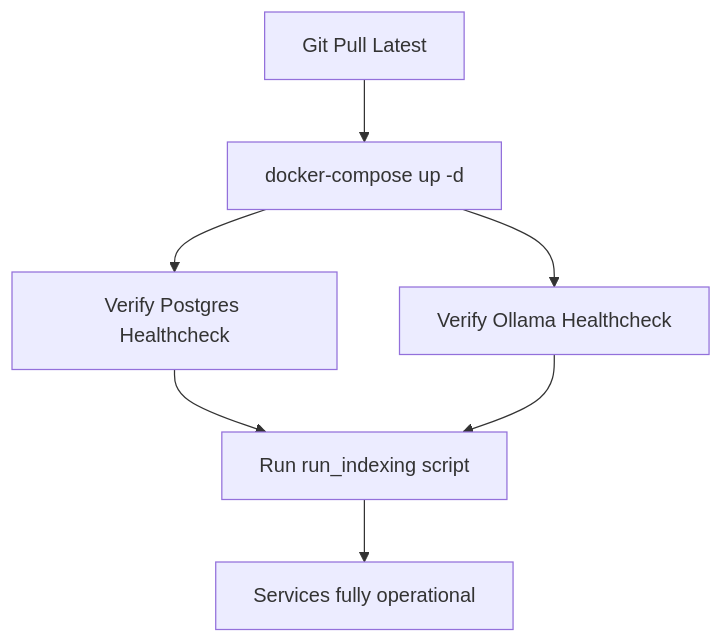
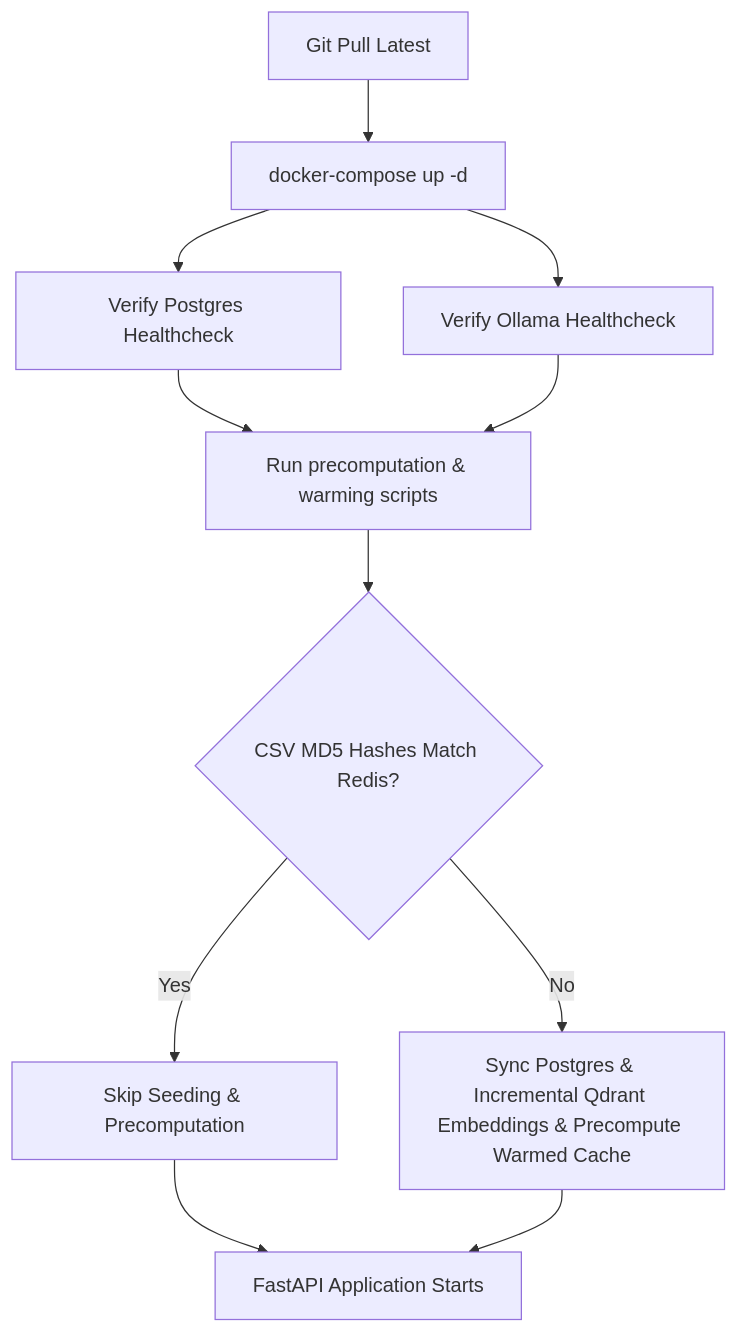
Before and after one commit to suryapratap04-jman/npc: the seventh of 7 diagrams in docs/02_System_Architecture.md, drawn with Mermaid. The commit also changed other lines of this file and 57 other files, not shown here.

````diff
--- a/docs/02_System_Architecture.md
+++ b/docs/02_System_Architecture.md
@@ -122,8 +95,11 @@
 ```mermaid
 graph TD
     Git[Git Pull Latest] --> Compose[docker-compose up -d]
     Compose --> DBReady[Verify Postgres Healthcheck]
     Compose --> OllamaReady[Verify Ollama Healthcheck]
-    DBReady & OllamaReady --> Index[Run run_indexing script]
-    Index --> ServiceReady[Services fully operational]
+    DBReady & OllamaReady --> StartProd[Run precomputation & warming scripts]
+    StartProd --> MatchHashes{CSV MD5 Hashes Match Redis?}
+    MatchHashes -->|Yes| Skip[Skip Seeding & Precomputation]
+    MatchHashes -->|No| Incremental[Sync Postgres & Incremental Qdrant Embeddings & Precompute Warmed Cache]
+    Skip & Incremental --> ServiceReady[FastAPI Application Starts]
 ```
````
